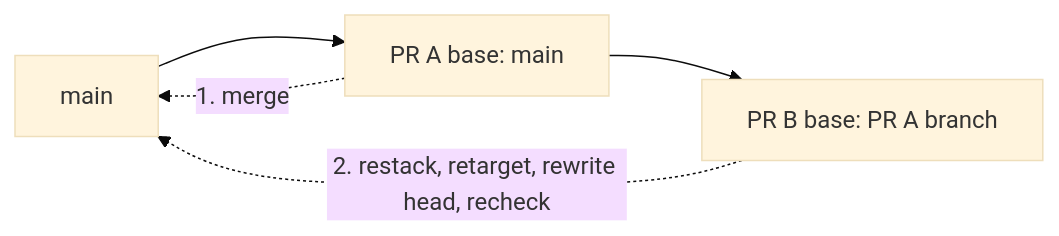
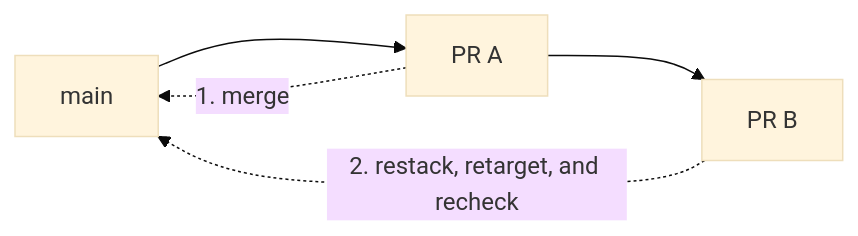
Before and after one commit to stampbot/extra-codeowners: the diagram in docs/how-to/review-stacked-pull-requests.md, drawn with Mermaid (base theme). The commit also changed other lines of this file and 36 other files, not shown here.

````diff
--- a/docs/how-to/review-stacked-pull-requests.md
+++ b/docs/how-to/review-stacked-pull-requests.md
@@ -27,7 +29,7 @@
 ```mermaid
 flowchart LR
-  Main[main] --> A[PR A base: main]
-  A --> B[PR B base: PR A branch]
+  Main[main] --> A[PR A]
+  A --> B[PR B]
   A -. "1. merge" .-> Main
-  B -. "2. restack, retarget, rewrite head, recheck" .-> Main
+  B -. "2. restack, retarget, and recheck" .-> Main
 ```
````
